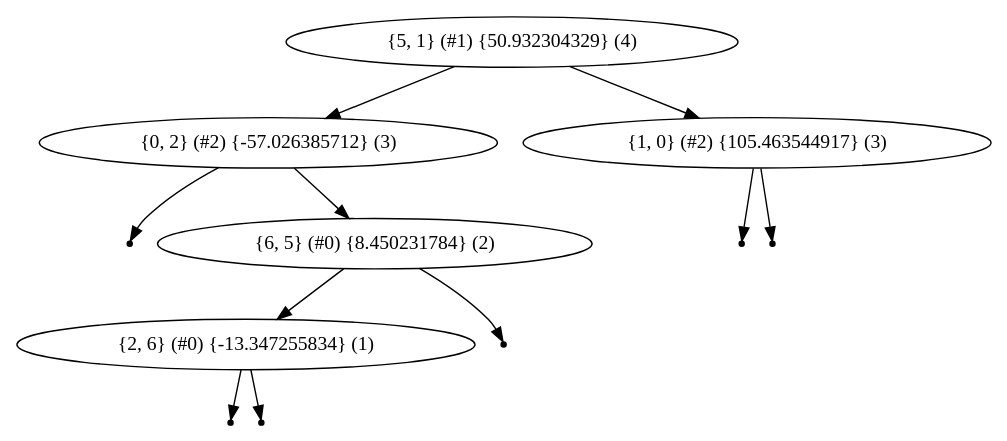
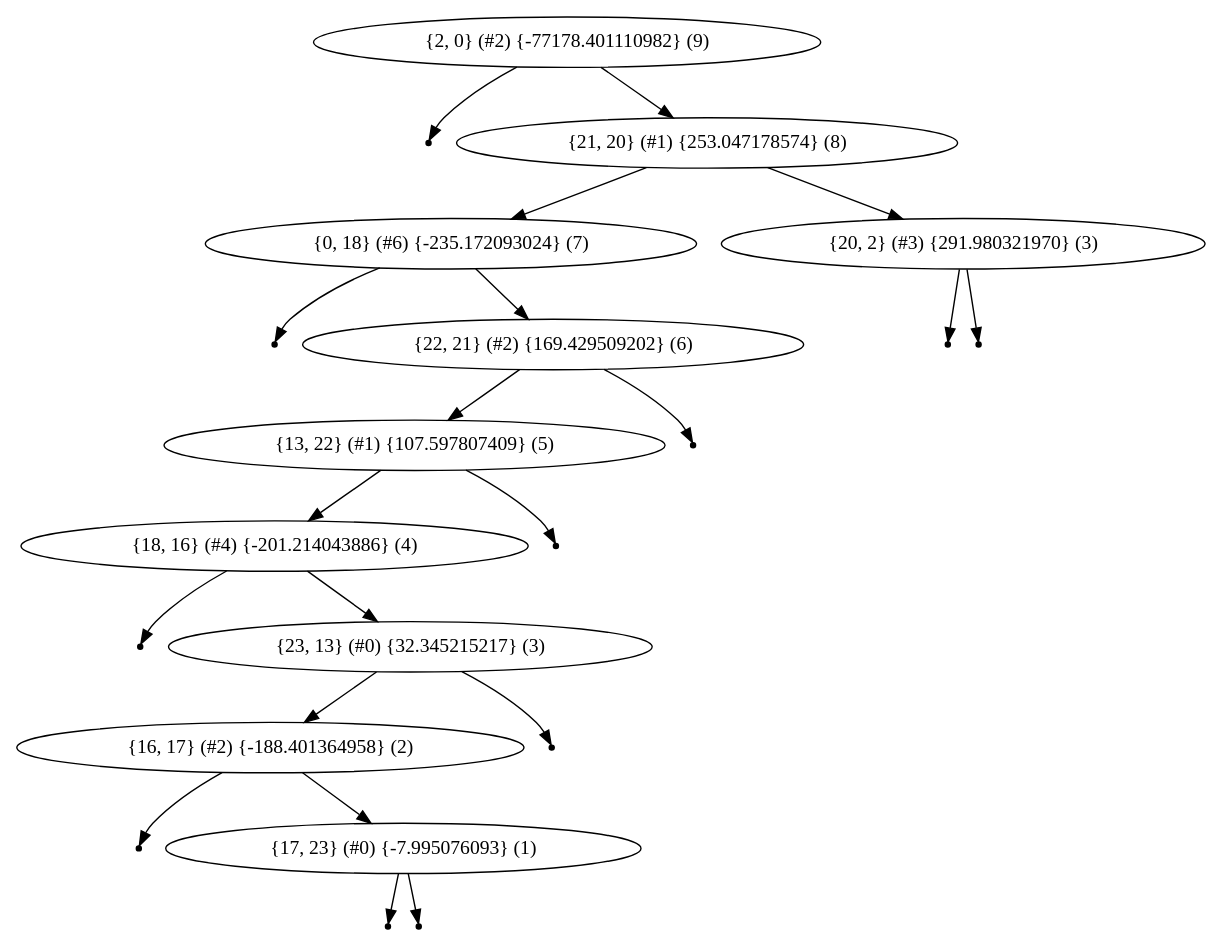
The diagram in Voronoi_Diagrams/graph.dot (cerdogan/Job), drawn with Graphviz before and after one commit. The commit also changed 16 other files, not shown here.

```diff
--- a/Voronoi_Diagrams/graph.dot
+++ b/Voronoi_Diagrams/graph.dot
@@ -1,20 +1,35 @@
 digraph {
 graph [ordering="out"]
-"{5, 1} (#1) {50.932304329} (4)"
-"{5, 1} (#1) {50.932304329} (4)" -> "{0, 2} (#2) {-57.026385712} (3)"
-"null{0, 2} (#2) {-57.026385712}-0" [shape=point];
-"{0, 2} (#2) {-57.026385712} (3)" -> "null{0, 2} (#2) {-57.026385712}-0";
-"{0, 2} (#2) {-57.026385712} (3)" -> "{6, 5} (#0) {8.450231784} (2)"
-"{6, 5} (#0) {8.450231784} (2)" -> "{2, 6} (#0) {-13.347255834} (1)"
-"null{2, 6} (#0) {-13.347255834}-0" [shape=point];
-"{2, 6} (#0) {-13.347255834} (1)" -> "null{2, 6} (#0) {-13.347255834}-0";
-"null{2, 6} (#0) {-13.347255834}-1" [shape=point];
-"{2, 6} (#0) {-13.347255834} (1)" -> "null{2, 6} (#0) {-13.347255834}-1";
-"null{6, 5} (#0) {8.450231784}-1" [shape=point];
-"{6, 5} (#0) {8.450231784} (2)" -> "null{6, 5} (#0) {8.450231784}-1";
-"{5, 1} (#1) {50.932304329} (4)" -> "{1, 0} (#2) {105.463544917} (3)"
-"null{1, 0} (#2) {105.463544917}-0" [shape=point];
-"{1, 0} (#2) {105.463544917} (3)" -> "null{1, 0} (#2) {105.463544917}-0";
-"null{1, 0} (#2) {105.463544917}-1" [shape=point];
-"{1, 0} (#2) {105.463544917} (3)" -> "null{1, 0} (#2) {105.463544917}-1";
+"{2, 0} (#2) {-77178.401110982} (9)"
+"null{2, 0} (#2) {-77178.401110982}-0" [shape=point];
+"{2, 0} (#2) {-77178.401110982} (9)" -> "null{2, 0} (#2) {-77178.401110982}-0";
+"{2, 0} (#2) {-77178.401110982} (9)" -> "{21, 20} (#1) {253.047178574} (8)"
+"{21, 20} (#1) {253.047178574} (8)" -> "{0, 18} (#6) {-235.172093024} (7)"
+"null{0, 18} (#6) {-235.172093024}-0" [shape=point];
+"{0, 18} (#6) {-235.172093024} (7)" -> "null{0, 18} (#6) {-235.172093024}-0";
+"{0, 18} (#6) {-235.172093024} (7)" -> "{22, 21} (#2) {169.429509202} (6)"
+"{22, 21} (#2) {169.429509202} (6)" -> "{13, 22} (#1) {107.597807409} (5)"
+"{13, 22} (#1) {107.597807409} (5)" -> "{18, 16} (#4) {-201.214043886} (4)"
+"null{18, 16} (#4) {-201.214043886}-0" [shape=point];
+"{18, 16} (#4) {-201.214043886} (4)" -> "null{18, 16} (#4) {-201.214043886}-0";
+"{18, 16} (#4) {-201.214043886} (4)" -> "{23, 13} (#0) {32.345215217} (3)"
+"{23, 13} (#0) {32.345215217} (3)" -> "{16, 17} (#2) {-188.401364958} (2)"
+"null{16, 17} (#2) {-188.401364958}-0" [shape=point];
+"{16, 17} (#2) {-188.401364958} (2)" -> "null{16, 17} (#2) {-188.401364958}-0";
+"{16, 17} (#2) {-188.401364958} (2)" -> "{17, 23} (#0) {-7.995076093} (1)"
+"null{17, 23} (#0) {-7.995076093}-0" [shape=point];
+"{17, 23} (#0) {-7.995076093} (1)" -> "null{17, 23} (#0) {-7.995076093}-0";
+"null{17, 23} (#0) {-7.995076093}-1" [shape=point];
+"{17, 23} (#0) {-7.995076093} (1)" -> "null{17, 23} (#0) {-7.995076093}-1";
+"null{23, 13} (#0) {32.345215217}-1" [shape=point];
+"{23, 13} (#0) {32.345215217} (3)" -> "null{23, 13} (#0) {32.345215217}-1";
+"null{13, 22} (#1) {107.597807409}-1" [shape=point];
+"{13, 22} (#1) {107.597807409} (5)" -> "null{13, 22} (#1) {107.597807409}-1";
+"null{22, 21} (#2) {169.429509202}-1" [shape=point];
+"{22, 21} (#2) {169.429509202} (6)" -> "null{22, 21} (#2) {169.429509202}-1";
+"{21, 20} (#1) {253.047178574} (8)" -> "{20, 2} (#3) {291.980321970} (3)"
+"null{20, 2} (#3) {291.980321970}-0" [shape=point];
+"{20, 2} (#3) {291.980321970} (3)" -> "null{20, 2} (#3) {291.980321970}-0";
+"null{20, 2} (#3) {291.980321970}-1" [shape=point];
+"{20, 2} (#3) {291.980321970} (3)" -> "null{20, 2} (#3) {291.980321970}-1";
 }
```
